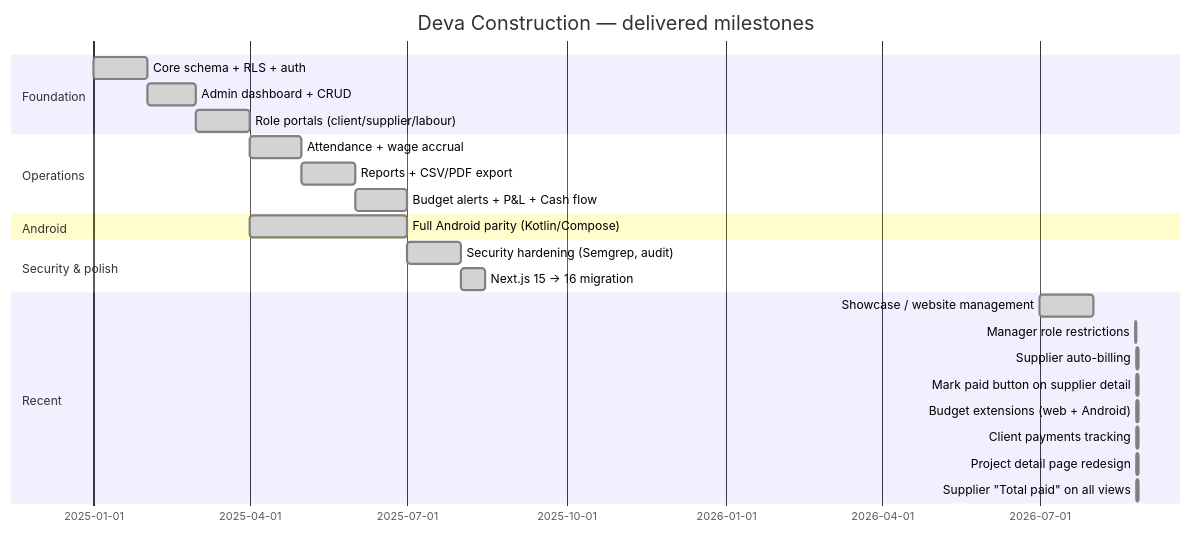
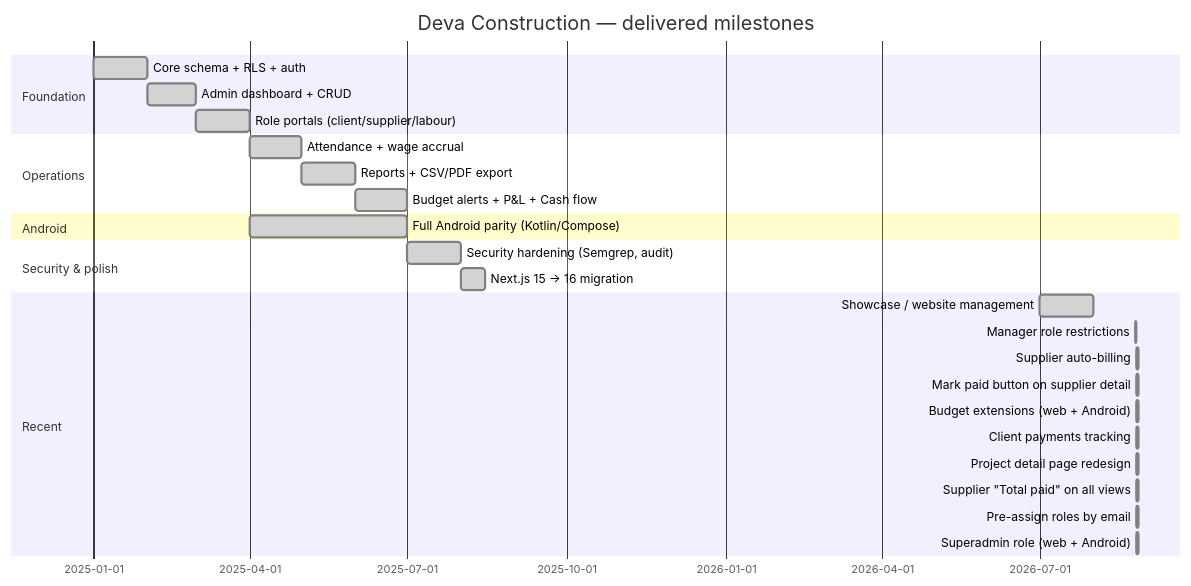
The diagram in brain/roadmap.md (ChinmayKumarT/deva-construction), drawn with Mermaid before and after one commit. The commit also changed other lines of this file and 4 other files, not shown here.

First line of the commit message:
Update brain: superadmin role, role reservations, roadmap milestones

````diff
--- a/brain/roadmap.md
+++ b/brain/roadmap.md
@@ -12,27 +12,29 @@
 ```mermaid
 gantt
     title Deva Construction — delivered milestones
     dateFormat YYYY-MM-DD
     section Foundation
     Core schema + RLS + auth              :done, 2025-01-01, 2025-02-01
     Admin dashboard + CRUD                :done, 2025-02-01, 2025-03-01
     Role portals (client/supplier/labour) :done, 2025-03-01, 2025-04-01
     section Operations
     Attendance + wage accrual             :done, 2025-04-01, 2025-05-01
     Reports + CSV/PDF export              :done, 2025-05-01, 2025-06-01
     Budget alerts + P&L + Cash flow       :done, 2025-06-01, 2025-07-01
     section Android
     Full Android parity (Kotlin/Compose)  :done, 2025-04-01, 2025-07-01
     section Security & polish
     Security hardening (Semgrep, audit)   :done, 2025-07-01, 2025-08-01
     Next.js 15 → 16 migration             :done, 2025-08-01, 2025-08-15
     section Recent
     Showcase / website management         :done, 2026-07-01, 2026-08-01
     Manager role restrictions             :done, 2026-08-25, 1d
     Supplier auto-billing                 :done, 2026-08-26, 1d
     Mark paid button on supplier detail   :done, 2026-08-26, 1d
     Budget extensions (web + Android)     :done, 2026-08-26, 1d
     Client payments tracking              :done, 2026-08-26, 1d
     Project detail page redesign          :done, 2026-08-26, 1d
     Supplier "Total paid" on all views    :done, 2026-08-26, 1d
+    Pre-assign roles by email             :done, 2026-08-26, 1d
+    Superadmin role (web + Android)       :done, 2026-08-26, 1d
 ```
````
